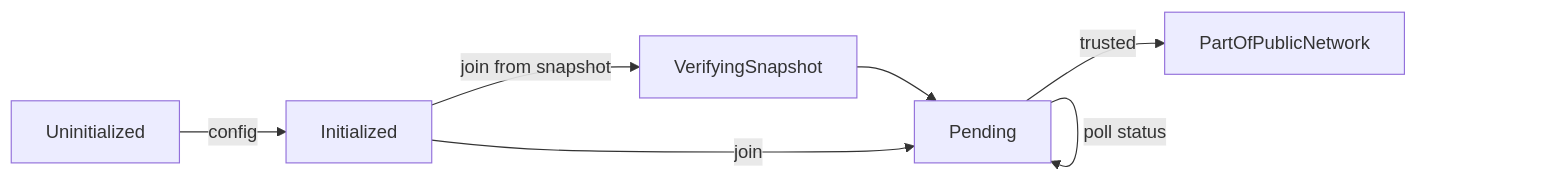
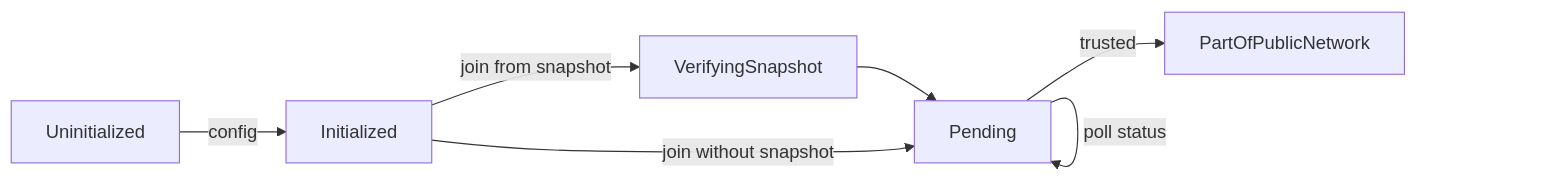
One commit to microsoft/CCF changed the second of 3 diagrams in doc/operations/recovery.rst. Above: the diagram before and after it, drawn with Mermaid. The commit also changed other lines of this file and 3 other files, not shown here.

```diff
--- a/doc/operations/recovery.rst
+++ b/doc/operations/recovery.rst
@@ -44,9 +58,9 @@
 .. mermaid::
 
     graph LR;
         Uninitialized-- config -->Initialized;
         Initialized-- join from snapshot -->VerifyingSnapshot;
         VerifyingSnapshot-->Pending;
-        Initialized-- join -->Pending;
+        Initialized-- join without snapshot -->Pending;
         Pending-- poll status -->Pending;
         Pending-- trusted -->PartOfPublicNetwork;
```
